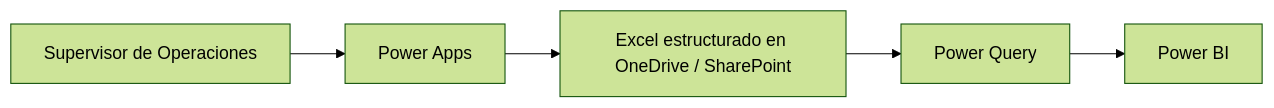
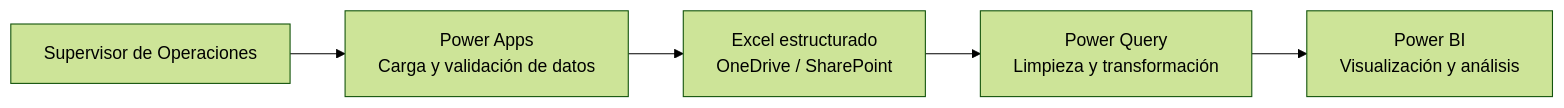
One commit to eozcariz-hub/digitalizacion-operaciones-power-apps changed the second of 2 diagrams in README.md. Above: the diagram before and after it, drawn with Mermaid (forest theme). The commit also changed other lines of this file, not shown here.

Commit message:
Agregar arquitectura de la solución

````diff
--- a/README.md
+++ b/README.md
@@ -123,7 +128,7 @@
 ```mermaid
 flowchart LR
-    A["Supervisor de Operaciones"] --> B["Power Apps"]
-    B --> C["Excel estructurado en OneDrive / SharePoint"]
-    C --> D["Power Query"]
-    D --> E["Power BI"]
+    A["Supervisor de Operaciones"] --> B["Power Apps<br/>Carga y validación de datos"]
+    B --> C["Excel estructurado<br/>OneDrive / SharePoint"]
+    C --> D["Power Query<br/>Limpieza y transformación"]
+    D --> E["Power BI<br/>Visualización y análisis"]
 ```
````
